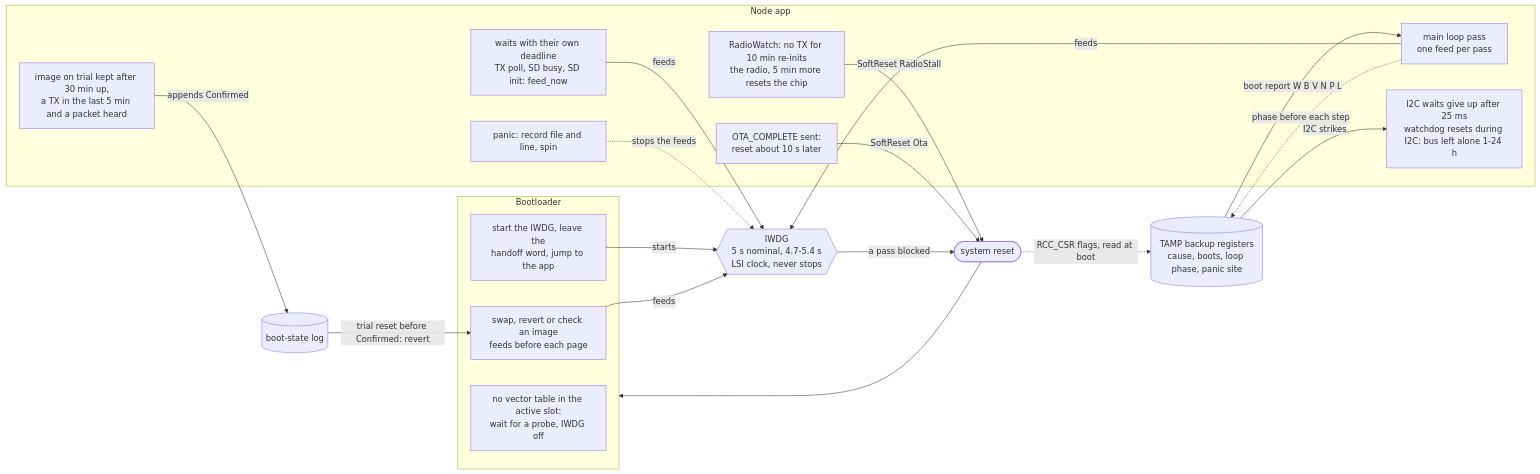
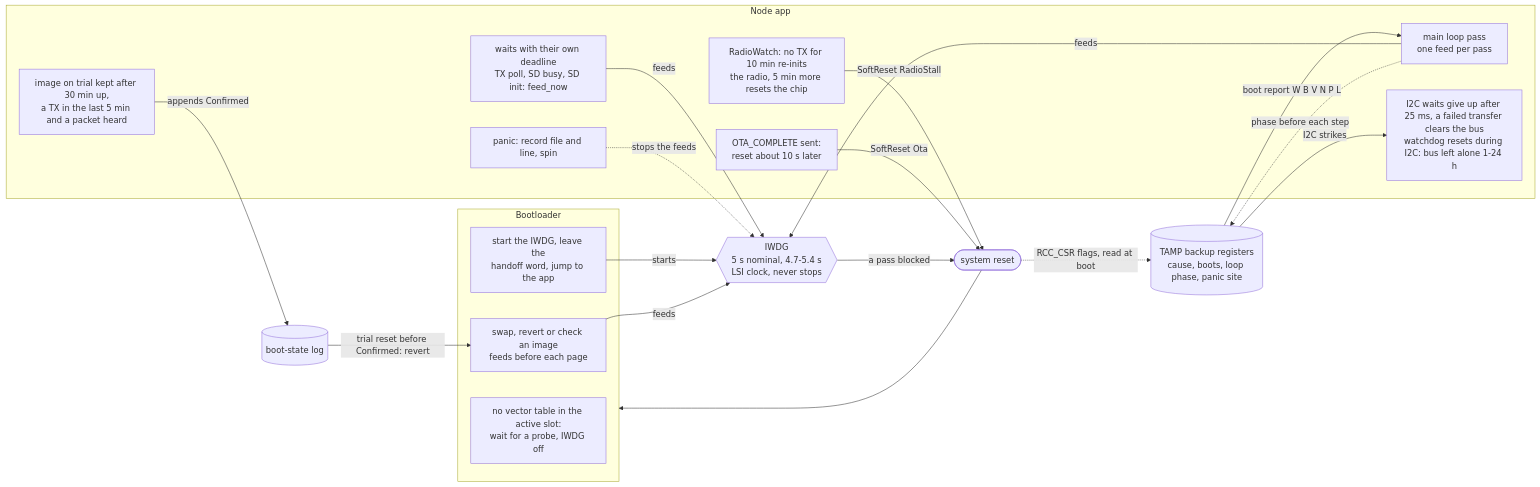
One commit to tmpk13/long-range-radio-rs changed the sixth of 6 diagrams in ARCHITECTURE.md. Above: the diagram before and after it, drawn with Mermaid. The commit also changed other lines of this file and 13 other files, not shown here.

````diff
--- a/ARCHITECTURE.md
+++ b/ARCHITECTURE.md
@@ -236,37 +236,37 @@
 ```mermaid
 flowchart LR
     subgraph bl["Bootloader"]
         work["swap, revert or check an image<br/>feeds before each page"]
         jump["start the IWDG, leave the<br/>handoff word, jump to the app"]
         park["no vector table in the active slot:<br/>wait for a probe, IWDG off"]
     end
     subgraph app["Node app"]
         pass["main loop pass<br/>one feed per pass"]
         waits["waits with their own deadline<br/>TX poll, SD busy, SD init: feed_now"]
-        i2c["I2C waits give up after 25 ms<br/>watchdog resets during I2C: bus left alone 1-24 h"]
+        i2c["I2C waits give up after 25 ms, a failed transfer clears the bus<br/>watchdog resets during I2C: bus left alone 1-24 h"]
         radio["RadioWatch: no TX for 10 min re-inits<br/>the radio, 5 min more resets the chip"]
         ota["OTA_COMPLETE sent:<br/>reset about 10 s later"]
         panic["panic: record file and line, spin"]
         gate["image on trial kept after 30 min up,<br/>a TX in the last 5 min and a packet heard"]
     end
     iwdg{{"IWDG<br/>5 s nominal, 4.7-5.4 s<br/>LSI clock, never stops"}}
     reset(["system reset"])
     record[("TAMP backup registers<br/>cause, boots, loop phase, panic site")]
     log[("boot-state log")]
 
     jump -- starts --> iwdg
     work -- feeds --> iwdg
     pass -- feeds --> iwdg
     waits -- feeds --> iwdg
     panic -. "stops the feeds" .-> iwdg
     iwdg -- "a pass blocked" --> reset
     radio -- "SoftReset RadioStall" --> reset
     ota -- "SoftReset Ota" --> reset
     reset --> bl
     gate -- "appends Confirmed" --> log
     log -- "trial reset before Confirmed: revert" --> work
     pass -. "phase before each step" .-> record
     reset -. "RCC_CSR flags, read at boot" .-> record
     record -- "I2C strikes" --> i2c
     record -- "boot report W B V N P L" --> pass
 ```
````
